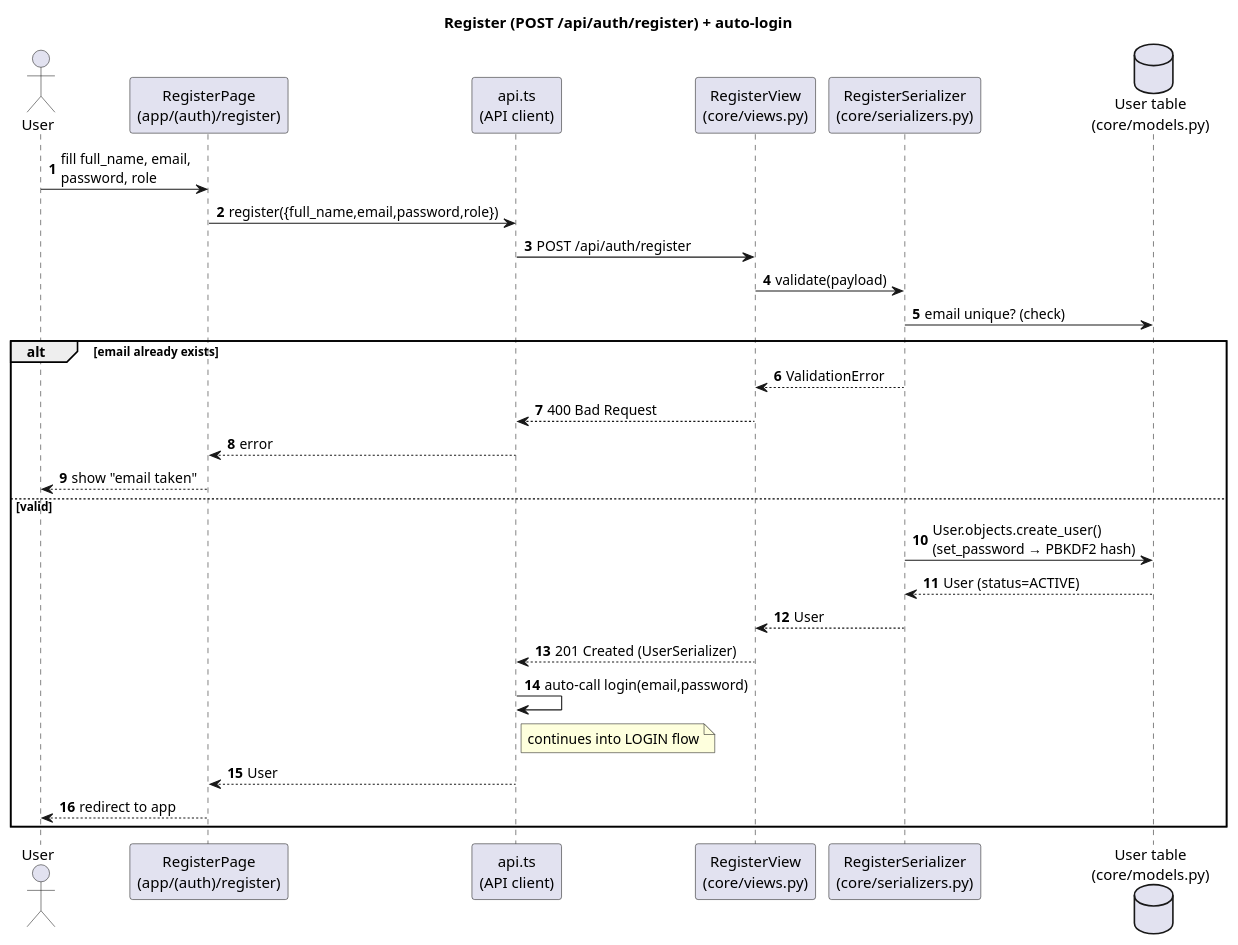
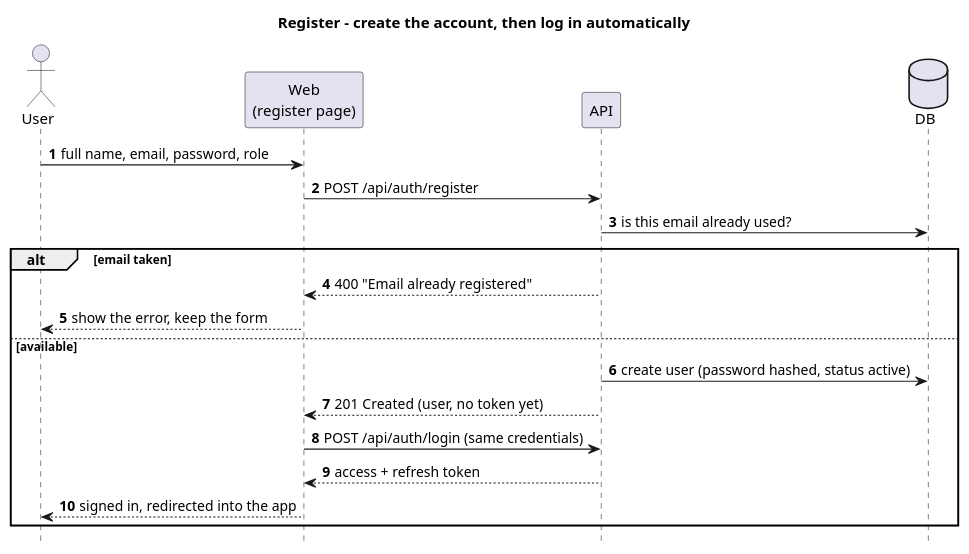
Before and after one commit to KieuTuanPhuong/english_learning_api: the first of 4 diagrams in docs/sequence-diagrams.puml, drawn with PlantUML. The commit also changed other lines of this file and 5 other files, not shown here.

First line of the commit message:
docs: database design, highlight features and sequence diagrams

```diff
--- a/docs/sequence-diagrams.puml
+++ b/docs/sequence-diagrams.puml
@@ -10,32 +10,24 @@
 @startuml register
-title Register (POST /api/auth/register) + auto-login
+title Register - create the account, then log in automatically
 autonumber
+hide footbox
 
 actor User
-participant "RegisterPage\n(app/(auth)/register)" as Page
-participant "api.ts\n(API client)" as API
-participant "RegisterView\n(core/views.py)" as View
-participant "RegisterSerializer\n(core/serializers.py)" as Ser
-database "User table\n(core/models.py)" as DB
+participant "Web\n(register page)" as Web
+participant "API" as API
+database DB
 
-User -> Page : fill full_name, email,\npassword, role
-Page -> API : register({full_name,email,password,role})
-API -> View : POST /api/auth/register
-View -> Ser : validate(payload)
-Ser -> DB : email unique? (check)
-alt email already exists
-  Ser --> View : ValidationError
-  View --> API : 400 Bad Request
-  API --> Page : error
-  Page --> User : show "email taken"
-else valid
-  Ser -> DB : User.objects.create_user()\n(set_password → PBKDF2 hash)
-  DB --> Ser : User (status=ACTIVE)
-  Ser --> View : User
-  View --> API : 201 Created (UserSerializer)
-  API -> API : auto-call login(email,password)
-  note right of API : continues into LOGIN flow
-  API --> Page : User
-  Page --> User : redirect to app
+User -> Web : full name, email, password, role
+Web -> API : POST /api/auth/register
+API -> DB : is this email already used?
+alt email taken
+  API --> Web : 400 "Email already registered"
+  Web --> User : show the error, keep the form
+else available
+  API -> DB : create user (password hashed, status active)
+  API --> Web : 201 Created (user, no token yet)
+  Web -> API : POST /api/auth/login (same credentials)
+  API --> Web : access + refresh token
+  Web --> User : signed in, redirected into the app
 end
 @enduml
```
